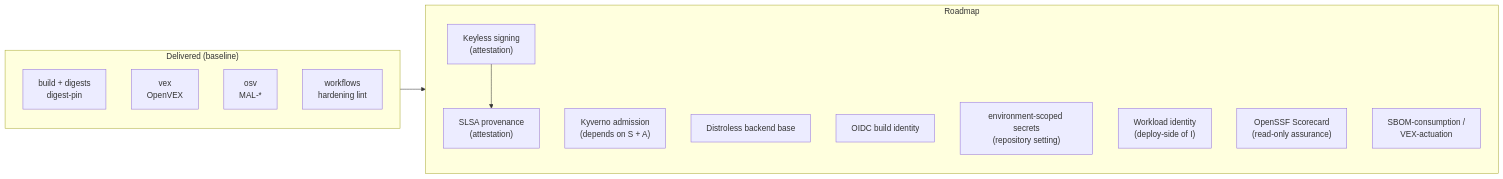
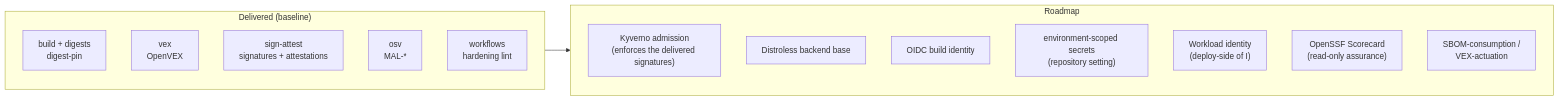
The diagram in wiki/ROADMAP-supply-chain.md (berserkhmdvhb/fullstack_template), drawn with Mermaid before and after one commit. The commit also changed other lines of this file and 11 other files, not shown here.

First line of the commit message:
docs: describe the delivered signing and attestations

````diff
--- a/wiki/ROADMAP-supply-chain.md
+++ b/wiki/ROADMAP-supply-chain.md
@@ -179,21 +159,21 @@
 ```mermaid
 flowchart LR
     subgraph Delivered["Delivered (baseline)"]
         V["build + digests<br/>digest-pin"]
         X["vex<br/>OpenVEX"]
+        S["sign-attest<br/>signatures + attestations"]
         M["osv<br/>MAL-*"] & H["workflows<br/>hardening lint"]
     end
 
     subgraph Roadmap["Roadmap"]
-        S["Keyless signing<br/>(attestation)"] --> A["SLSA provenance<br/>(attestation)"]
-        K["Kyverno admission<br/>(depends on S + A)"]
+        K["Kyverno admission<br/>(enforces the delivered signatures)"]
         D["Distroless backend base"]
         I["OIDC build identity"]
         P["environment-scoped secrets<br/>(repository setting)"]
         W["Workload identity<br/>(deploy-side of I)"]
         SC["OpenSSF Scorecard<br/>(read-only assurance)"]
         SB["SBOM-consumption /<br/>VEX-actuation"]
     end
 
     Delivered --> Roadmap
 ```
````
